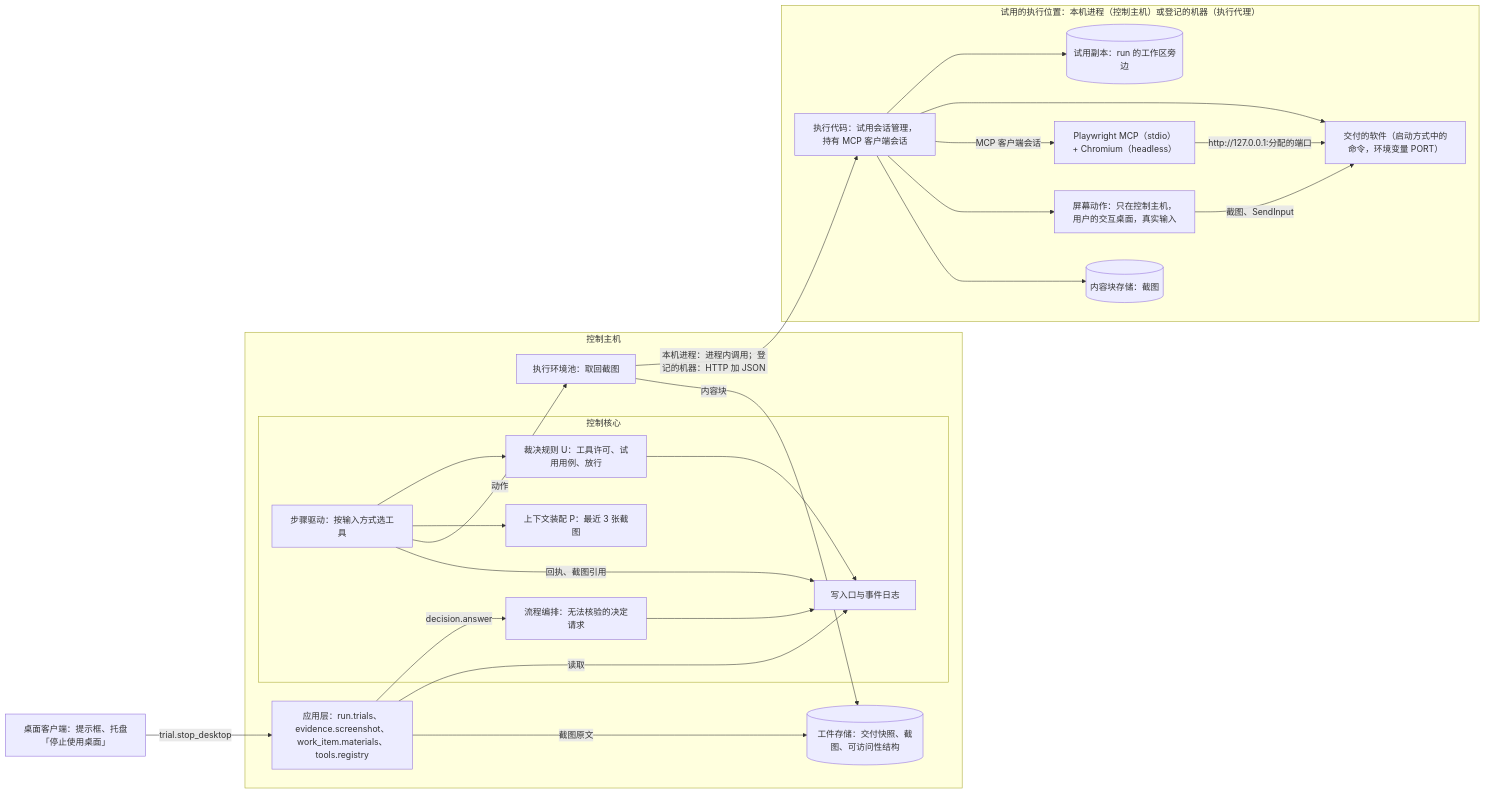
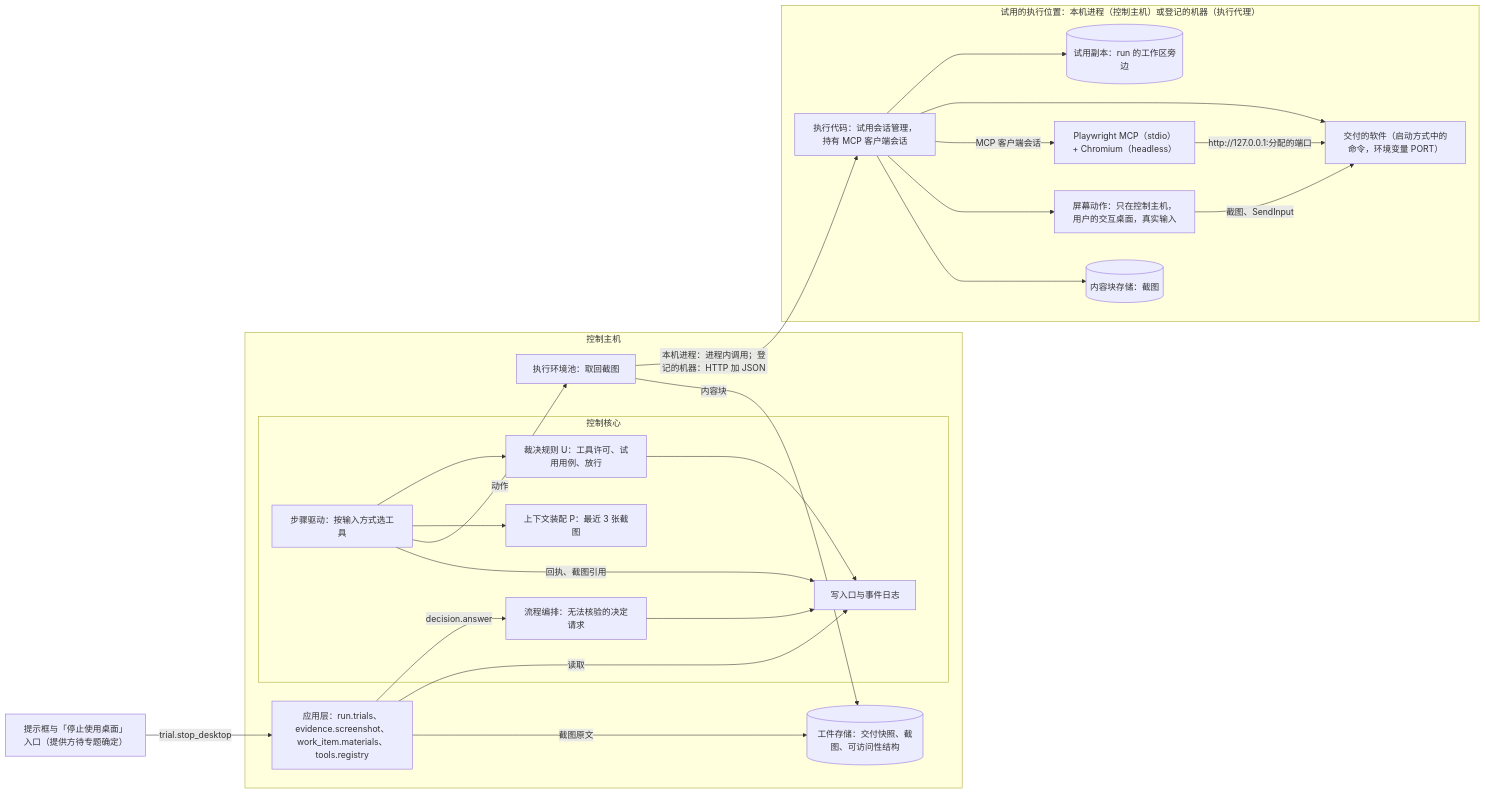
The second of 5 diagrams in docs/design/browser-and-computer-use.md (bender2333/yudao), drawn with Mermaid before and after one commit. The commit also changed other lines of this file and 183 other files, not shown here.

````diff
--- a/docs/design/browser-and-computer-use.md
+++ b/docs/design/browser-and-computer-use.md
@@ -63,43 +63,43 @@
 ```mermaid
 flowchart LR
   subgraph Host["控制主机"]
     App["应用层：run.trials、evidence.screenshot、work_item.materials、tools.registry"]
     subgraph Core["控制核心"]
       Step["步骤驱动：按输入方式选工具"]
       P["上下文装配 P：最近 3 张截图"]
       U["裁决规则 U：工具许可、试用用例、放行"]
       Orch["流程编排：无法核验的决定请求"]
       Write["写入口与事件日志"]
     end
     Pool["执行环境池：取回截图"]
     Art[("工件存储：交付快照、截图、可访问性结构")]
   end
   subgraph Place["试用的执行位置：本机进程（控制主机）或登记的机器（执行代理）"]
     Sess["执行代码：试用会话管理，持有 MCP 客户端会话"]
     Copy[("试用副本：run 的工作区旁边")]
     AppUT["交付的软件（启动方式中的命令，环境变量 PORT）"]
     MCP["Playwright MCP（stdio）+ Chromium（headless）"]
     Screen["屏幕动作：只在控制主机，用户的交互桌面，真实输入"]
     Blobs[("内容块存储：截图")]
   end
-  Client["桌面客户端：提示框、托盘「停止使用桌面」"]
+  Client["提示框与「停止使用桌面」入口（提供方待专题确定）"]
   App -->|"decision.answer"| Orch
   Client -->|"trial.stop_desktop"| App
   App -->|"读取"| Write
   App -->|"截图原文"| Art
   Step --> U
   Step --> P
   Step -->|"动作"| Pool
   Pool -->|"本机进程：进程内调用；登记的机器：HTTP 加 JSON"| Sess
   Pool -->|"内容块"| Art
   Sess --> Copy
   Sess --> AppUT
   Sess -->|"MCP 客户端会话"| MCP
   Sess --> Screen
   MCP -->|"http://127.0.0.1:分配的端口"| AppUT
   Screen -->|"截图、SendInput"| AppUT
   Sess --> Blobs
   Step -->|"回执、截图引用"| Write
   U --> Write
   Orch --> Write
 ```
````
